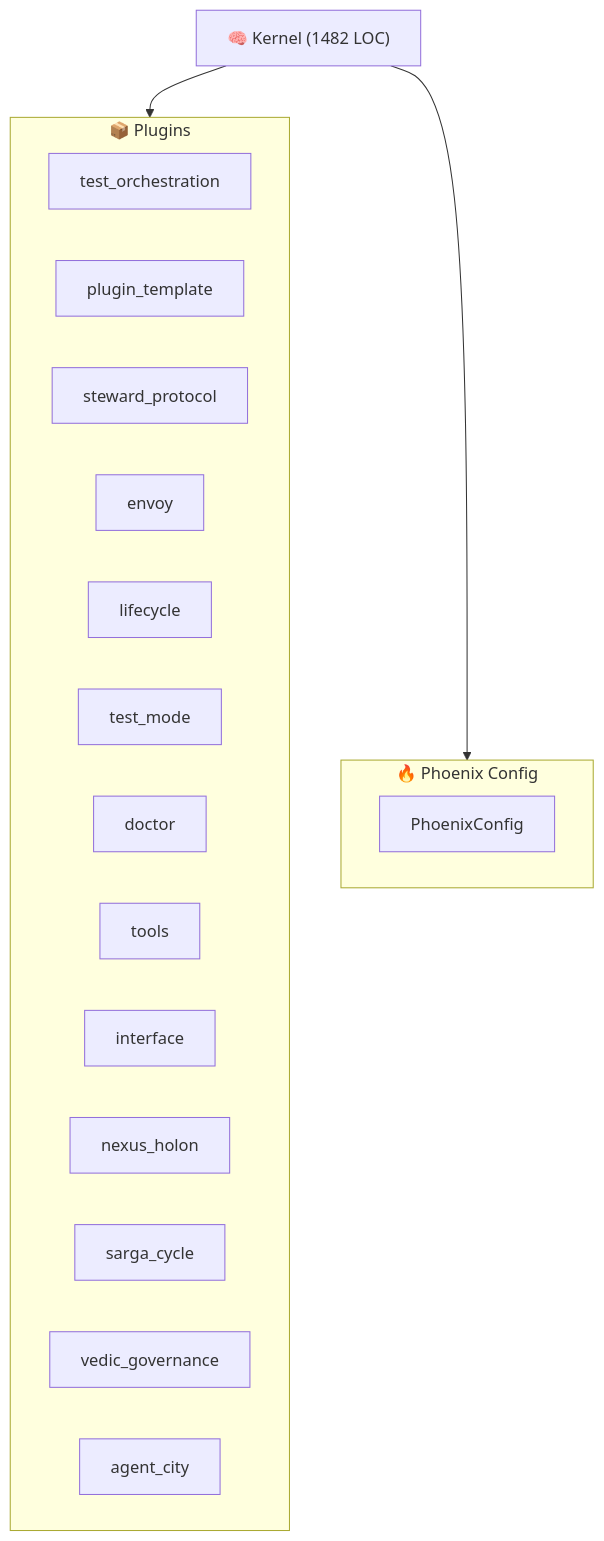
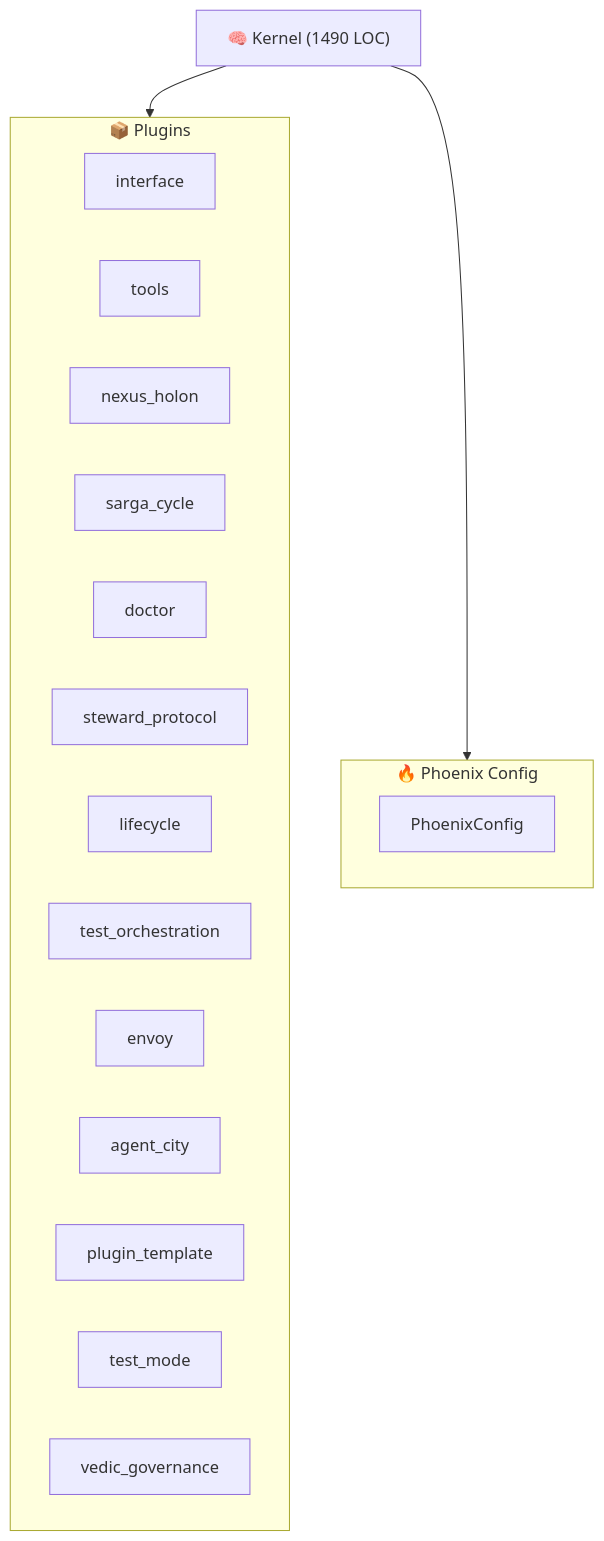
One commit to kimeisele/steward-protocol changed the diagram in ARCHITECTURE.md. Above: the diagram before and after it, drawn with Mermaid. The commit also changed other lines of this file and 14 other files, not shown here.

````diff
--- a/ARCHITECTURE.md
+++ b/ARCHITECTURE.md
@@ -8,24 +8,24 @@
 ```mermaid
 graph TB
-    K["🧠 Kernel (1482 LOC)"]
+    K["🧠 Kernel (1490 LOC)"]
     subgraph Plugins["📦 Plugins"]
-        P_test_orchestration["test_orchestration"]
-        P_plugin_template["plugin_template"]
-        P_steward_protocol["steward_protocol"]
-        P_envoy["envoy"]
-        P_lifecycle["lifecycle"]
-        P_test_mode["test_mode"]
-        P_doctor["doctor"]
+        P_interface["interface"]
         P_tools["tools"]
-        P_interface["interface"]
         P_nexus_holon["nexus_holon"]
         P_sarga_cycle["sarga_cycle"]
+        P_doctor["doctor"]
+        P_steward_protocol["steward_protocol"]
+        P_lifecycle["lifecycle"]
+        P_test_orchestration["test_orchestration"]
+        P_envoy["envoy"]
+        P_agent_city["agent_city"]
+        P_plugin_template["plugin_template"]
+        P_test_mode["test_mode"]
         P_vedic_governance["vedic_governance"]
-        P_agent_city["agent_city"]
     end
     K --> Plugins
     subgraph Config["🔥 Phoenix Config"]
         PC[PhoenixConfig]
     end
     K --> Config
 ```
````
